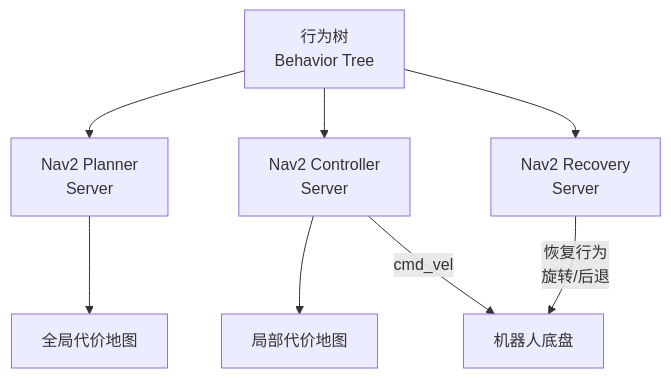
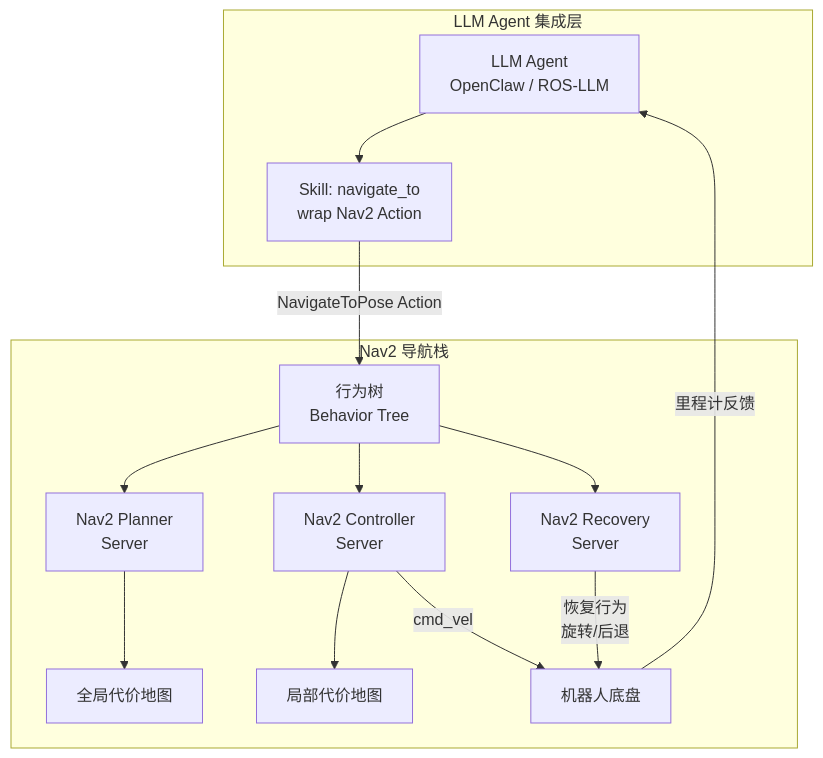
One commit to TingdeLiu/tingdeliu.github.io changed diagram 22 of 23 in _posts/2026-02-27-Robot-Navigation-Survey.md. Above: the diagram before and after it, drawn with Mermaid. The commit also changed other lines of this file, not shown here.

First line of the commit message:
Expand post to cover AI Agent harness engineering and robot control

````diff
--- a/_posts/2026-02-27-Robot-Navigation-Survey.md
+++ b/_posts/2026-02-27-Robot-Navigation-Survey.md
@@ -1297,10 +1801,21 @@
 ```mermaid
 flowchart TB
-    BT[行为树\nBehavior Tree] --> NP[Nav2 Planner\nServer]
-    BT --> NC[Nav2 Controller\nServer]
-    BT --> NR[Nav2 Recovery\nServer]
-    NP --> GCM2[全局代价地图]
-    NC --> LCM2[局部代价地图]
-    NC -->|cmd_vel| Base[机器人底盘]
-    NR -->|恢复行为\n旋转/后退| Base
+    subgraph AgentIntegration["LLM Agent 集成层"]
+        LAGENT_N["LLM Agent\nOpenClaw / ROS-LLM"]
+        SKILL_N["Skill: navigate_to\nwrap Nav2 Action"]
+    end
+
+    subgraph Nav2Full["Nav2 导航栈"]
+        BT_N[行为树\nBehavior Tree] --> NP_N[Nav2 Planner\nServer]
+        BT_N --> NC_N[Nav2 Controller\nServer]
+        BT_N --> NR_N[Nav2 Recovery\nServer]
+        NP_N --> GCM_N[全局代价地图]
+        NC_N --> LCM_N[局部代价地图]
+        NC_N -->|cmd_vel| Base_N[机器人底盘]
+        NR_N -->|恢复行为\n旋转/后退| Base_N
+    end
+
+    LAGENT_N --> SKILL_N
+    SKILL_N -->|NavigateToPose Action| BT_N
+    Base_N -->|里程计反馈| LAGENT_N
 ```
````
